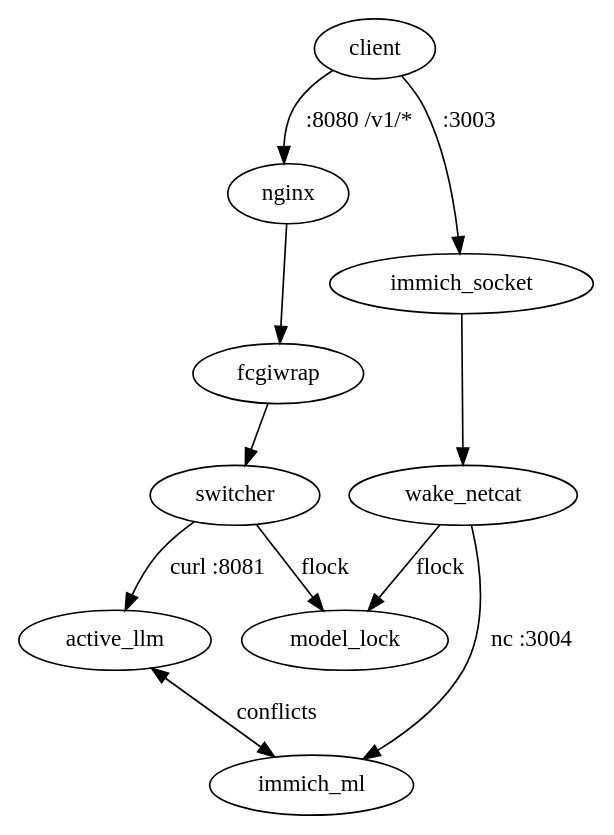
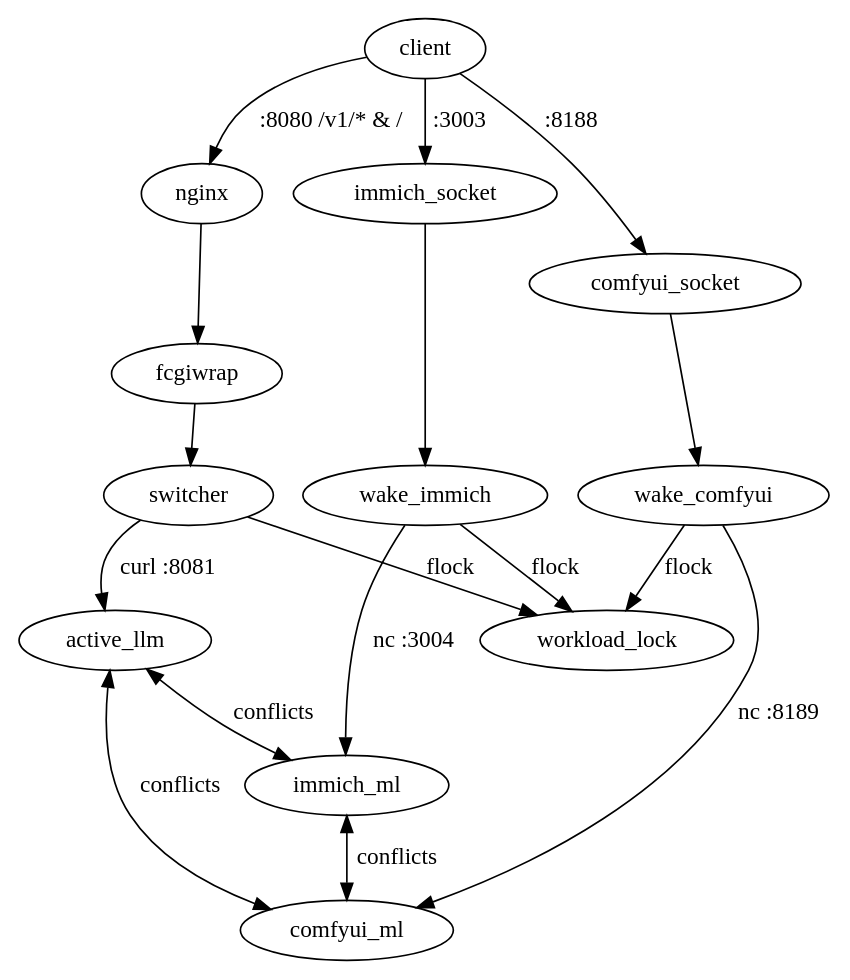
Before and after one commit to C10udburst/x2-nixos: the diagram in AGENTS.md, drawn with Graphviz. The commit also changed other lines of this file and 13 other files, not shown here.

First line of the commit message:
feat: integrate ComfyUI service with dynamic workload management

````diff
--- a/AGENTS.md
+++ b/AGENTS.md
@@ -9,22 +9,30 @@
 ```dot
 digraph EVO_X2 {
   rankdir=TB;
 
   // Ingress
-  client -> nginx [label=":8080 /v1/*"];
+  client -> nginx [label=":8080 /v1/* & /"];
   client -> immich_socket [label=":3003"];
+  client -> comfyui_socket [label=":8188"];
 
   // Gateway pipeline
   nginx -> fcgiwrap -> switcher;
-  switcher -> model_lock [label="flock"];
+  switcher -> workload_lock [label="flock"];
   switcher -> active_llm [label="curl :8081"];
 
-  // Immich pipeline
-  immich_socket -> wake_netcat;
-  wake_netcat -> model_lock [label="flock"];
-  wake_netcat -> immich_ml [label="nc :3004"];
+  // Immich pipeline (0 MB RAM idle)
+  immich_socket -> wake_immich;
+  wake_immich -> workload_lock [label="flock"];
+  wake_immich -> immich_ml [label="nc :3004"];
 
-  // Mutual systemd conflicts (Rule 1)
+  // ComfyUI pipeline (0 MB RAM idle, flake-native)
+  comfyui_socket -> wake_comfyui;
+  wake_comfyui -> workload_lock [label="flock"];
+  wake_comfyui -> comfyui_ml [label="nc :8189"];
+
+  // Mutual systemd conflicts across all workloads (Rule 1)
   active_llm -> immich_ml [label="conflicts", dir=both];
+  active_llm -> comfyui_ml [label="conflicts", dir=both];
+  immich_ml -> comfyui_ml [label="conflicts", dir=both];
 }
 ```
````
